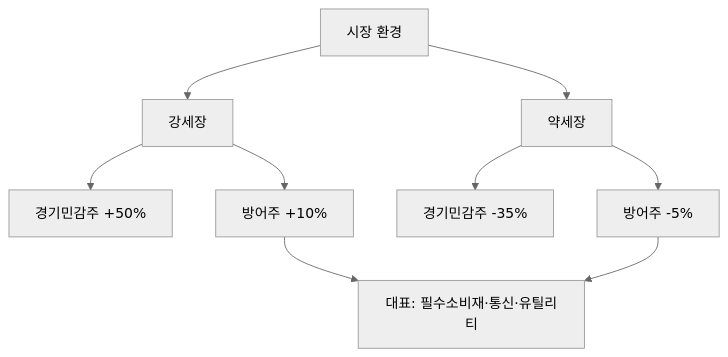
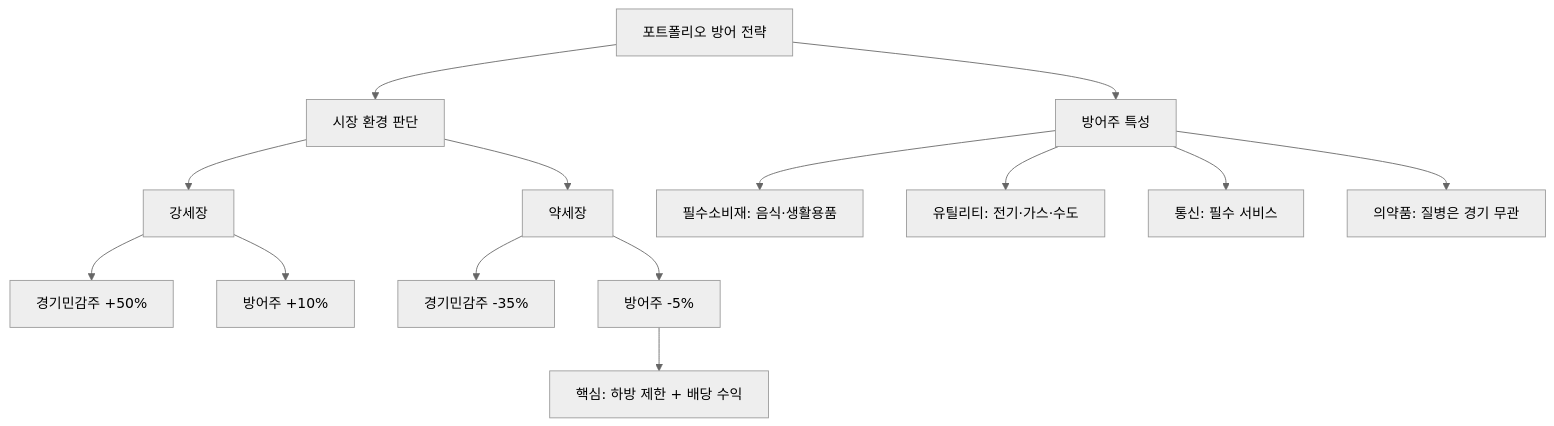
One commit to yeongseon/stock-visual-note changed the diagram in content/stock-terms/ko/level-09-strategy-risk/defensive-stock.md. Above: the diagram before and after it, drawn with Mermaid (neutral theme). The commit also changed other lines of this file and 9 other files, not shown here.

Commit message:
content: rewrite level-09 (10 articles) — richer diagrams, realistic scenarios, blog tone

````diff
--- a/content/stock-terms/ko/level-09-strategy-risk/defensive-stock.md
+++ b/content/stock-terms/ko/level-09-strategy-risk/defensive-stock.md
@@ -42,12 +43,17 @@
 ```mermaid
 graph TD
-    A["시장 환경"]
-    A --> B["강세장"]
-    A --> C["약세장"]
-    B --> B1["경기민감주 +50%"]
-    B --> B2["방어주 +10%"]
-    C --> C1["경기민감주 -35%"]
-    C --> C2["방어주 -5%"]
-    B2 --> D["대표: 필수소비재·통신·유틸리티"]
-    C2 --> D
+    A["포트폴리오 방어 전략"]
+    A --> B["시장 환경 판단"]
+    A --> C["방어주 특성"]
+    B --> B1["강세장"]
+    B --> B2["약세장"]
+    B1 --> B3["경기민감주 +50%"]
+    B1 --> B4["방어주 +10%"]
+    B2 --> B5["경기민감주 -35%"]
+    B2 --> B6["방어주 -5%"]
+    C --> C1["필수소비재: 음식·생활용품"]
+    C --> C2["유틸리티: 전기·가스·수도"]
+    C --> C3["통신: 필수 서비스"]
+    C --> C4["의약품: 질병은 경기 무관"]
+    B6 --> D["핵심: 하방 제한 + 배당 수익"]
 ```
````
